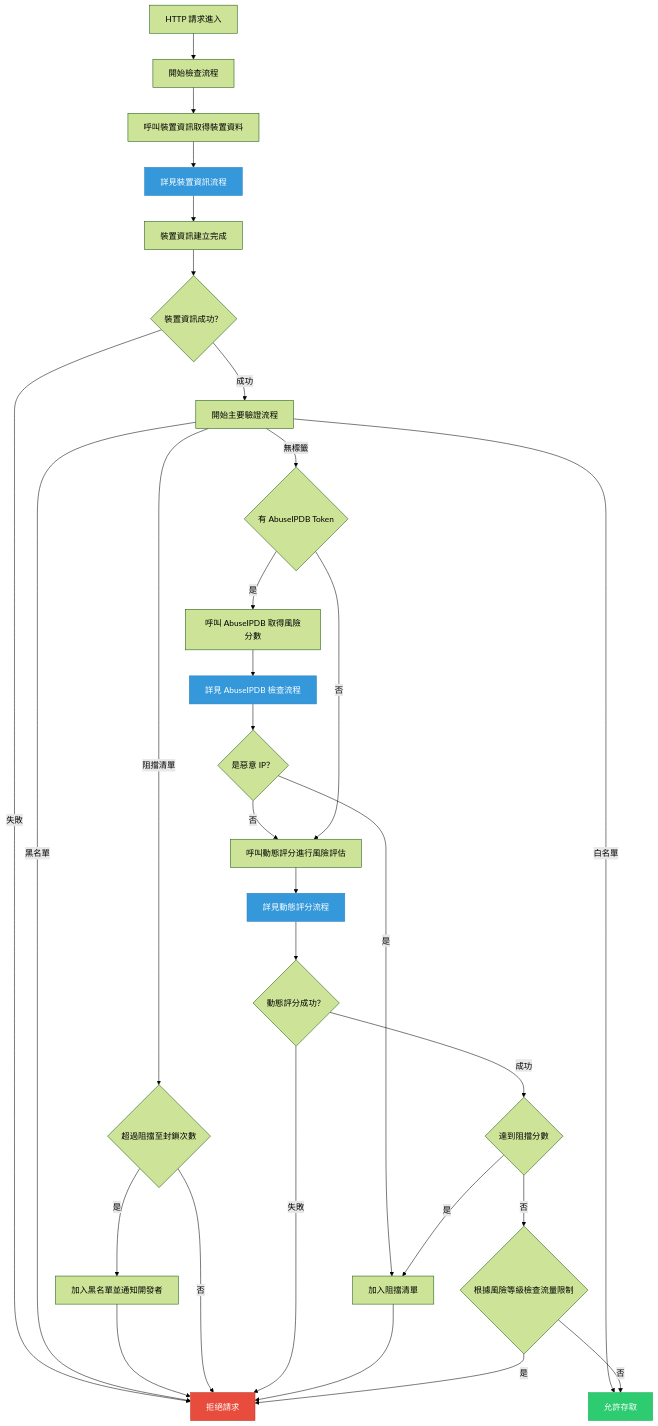
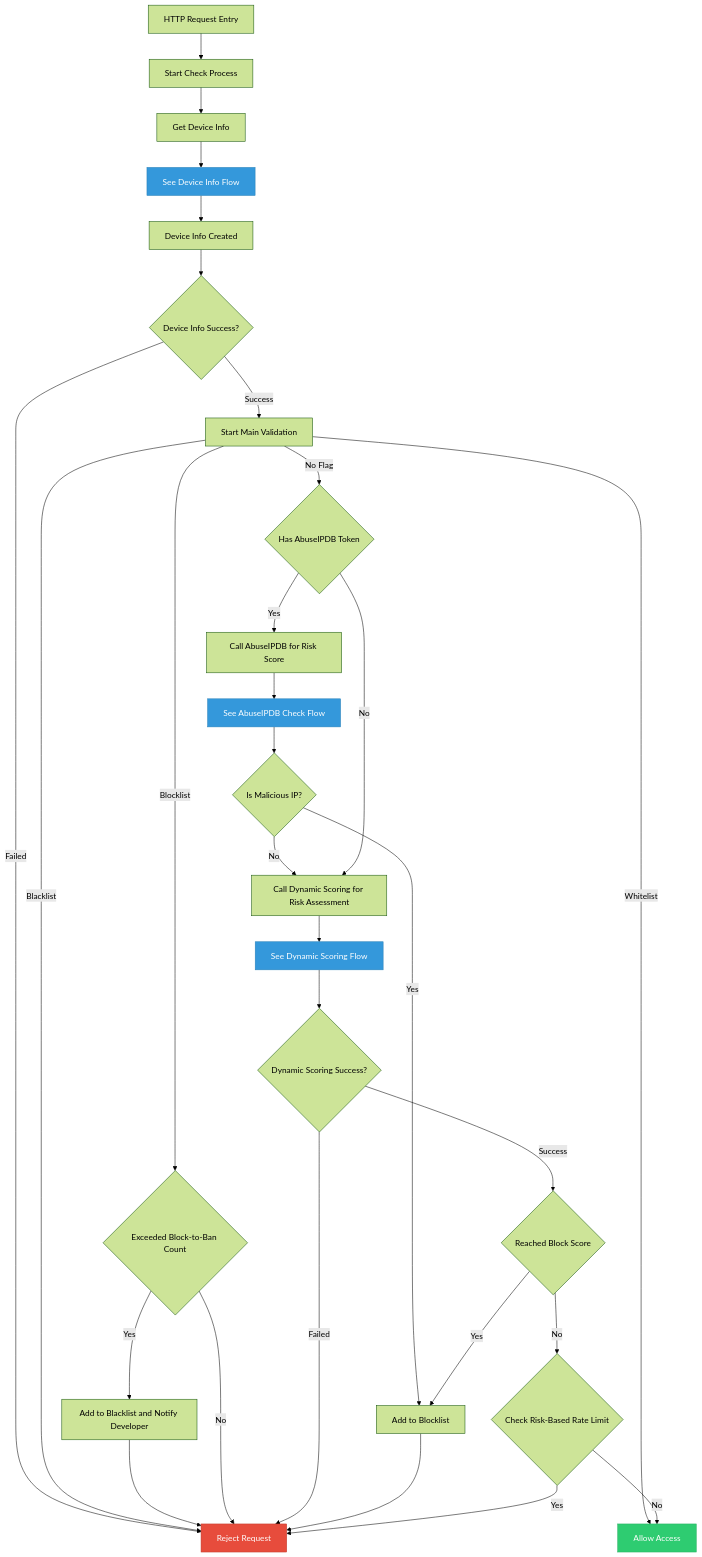
The first of 4 diagrams in README.md (pardnchiu/go-ip-sentry), drawn with Mermaid (forest theme) before and after one commit. The commit also changed other lines of this file and 18 other files, not shown here.

Commit message:
feat: add GeoLite2 location-based risk detection

````diff
--- a/README.md
+++ b/README.md
@@ -41,38 +38,36 @@
 ```mermaid
 graph TD
- A[HTTP 請求進入] --> B[開始檢查流程]
- B --> C[呼叫裝置資訊取得裝置資料]
- %% Device Info simplified view
- C --> C1[詳見裝置資訊流程]:::module
- C1 --> D[裝置資訊建立完成]
- D --> D1{裝置資訊成功？}
- D1 -->|失敗| REJECT
- %% Main validation logic
- D1 -->|成功| E[開始主要驗證流程]
- E --> |白名單| SUCCESS[允許存取]
- E -->|黑名單| REJECT[拒絕請求]
- E -->|阻擋清單| I{超過阻擋至封鎖次數}
- I -->|是| J[加入黑名單並通知開發者]
- J --> REJECT
- I -->|否| REJECT
- E -->|無標籤| FFF{有 AbuseIPDB Token}
- FFF -->|是| ABUSE[呼叫 AbuseIPDB 取得風險分數]
- ABUSE --> ABUSE1[詳見 AbuseIPDB 檢查流程]:::module
- ABUSE1 --> ABUSE2{是惡意 IP？}
- ABUSE2 -->|是| AD12[加入阻擋清單]
- ABUSE2 -->|否| L[呼叫動態評分進行風險評估]
- FFF -->|否| L
- %% Dynamic Score simplified view
- L --> L1[詳見動態評分流程]:::module
- L1 --> R1{動態評分成功？}
- R1 -->|失敗| REJECT
- R1 -->|成功| T{達到阻擋分數}
- T -->|是| AD12
- AD12 --> REJECT
- T -->|否| V{根據風險等級檢查流量限制}
- V -->|否| SUCCESS:::success
- V -->|是| REJECT:::danger
- classDef module fill: #3498db,stroke: #2980b9,color: #ffffff
- classDef success fill: #2ecc71,stroke: #27ae60,color: #ffffff
- classDef danger fill: #e74c3c,stroke: #c0392b,color: #ffffff
+  A[HTTP Request Entry] --> B[Start Check Process]
+  B --> C[Get Device Info]
+  C --> C1[See Device Info Flow]:::module
+  C1 --> D[Device Info Created]
+  D --> D1{Device Info Success?}
+  D1 -->|Failed| REJECT
+  D1 -->|Success| E[Start Main Validation]
+  E --> |Whitelist| SUCCESS[Allow Access]
+  E -->|Blacklist| REJECT[Reject Request]
+  E -->|Blocklist| I{Exceeded Block-to-Ban Count}
+  I -->|Yes| J[Add to Blacklist and Notify Developer]
+  J --> REJECT
+  I -->|No| REJECT
+  E -->|No Flag| FFF{Has AbuseIPDB Token}
+  FFF -->|Yes| ABUSE[Call AbuseIPDB for Risk Score]
+  ABUSE --> ABUSE1[See AbuseIPDB Check Flow]:::module
+  ABUSE1 --> ABUSE2{Is Malicious IP?}
+  ABUSE2 -->|Yes| AD12[Add to Blocklist]
+  ABUSE2 -->|No| L[Call Dynamic Scoring for Risk Assessment]
+  FFF -->|No| L
+  L --> L1[See Dynamic Scoring Flow]:::module
+  L1 --> R1{Dynamic Scoring Success?}
+  R1 -->|Failed| REJECT
+  R1 -->|Success| T{Reached Block Score}
+  T -->|Yes| AD12
+  AD12 --> REJECT
+  T -->|No| V{Check Risk-Based Rate Limit}
+  V -->|No| SUCCESS:::success
+  V -->|Yes| REJECT:::danger
+  
+  classDef module fill:#3498db,stroke:#2980b9,color:#ffffff
+  classDef success fill:#2ecc71,stroke:#27ae60,color:#ffffff
+  classDef danger fill:#e74c3c,stroke:#c0392b,color:#ffffff
 ```
````
